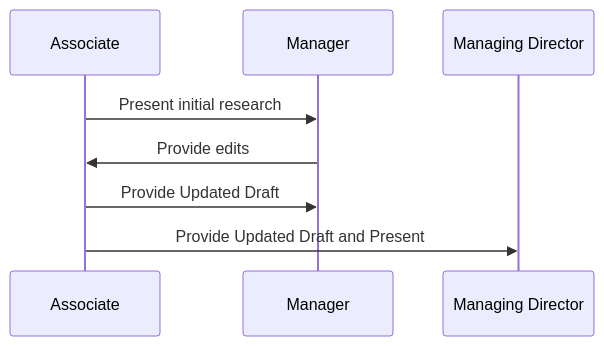
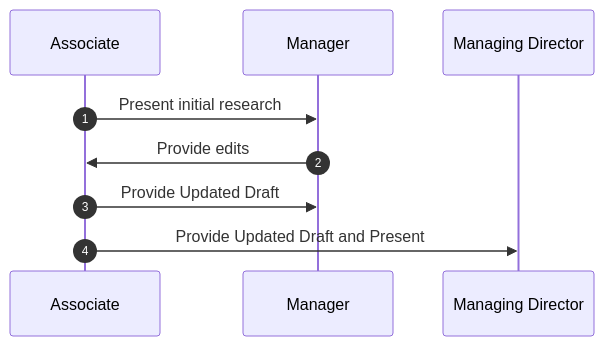
One commit to CarstenSavage47/data-analytics changed the fourth of 4 diagrams in Mermaid_Test.md. Above: the diagram before and after it, drawn with Mermaid. The commit also changed other lines of this file, not shown here.

Commit message:
Mermaid.js

````diff
--- a/Mermaid_Test.md
+++ b/Mermaid_Test.md
@@ -25,11 +26,11 @@
 ```mermaid
 sequenceDiagram
+    autonumber
     participant  Associate
     participant Manager
     participant Managing Director
     Associate ->> Manager: Present initial research
     Manager ->> Associate: Provide edits
     Associate ->> Manager: Provide Updated Draft
     Associate ->> Managing Director: Provide Updated Draft and Present
-    
 ```
````
